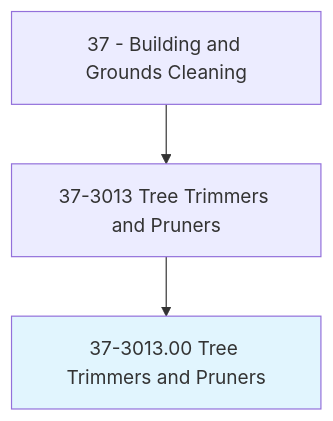
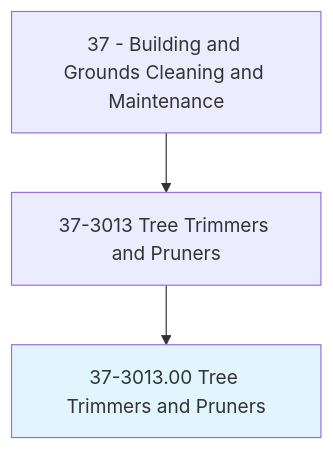
The first of 4 diagrams in occupations/Facilities/TreeTrimmersAndPruners.mdx (kziemski/business.org.ai), drawn with Mermaid before and after one commit. The commit also changed other lines of this file and 938 other files, not shown here.

````diff
--- a/occupations/Facilities/TreeTrimmersAndPruners.mdx
+++ b/occupations/Facilities/TreeTrimmersAndPruners.mdx
@@ -19,6 +23,6 @@
 ```mermaid
 graph TD
-    Cat37["37 - Building and Grounds Cleaning"] --> Group373013["37-3013 Tree Trimmers and Pruners"]
+    Cat37["37 - Building and Grounds Cleaning and Maintenance"] --> Group373013["37-3013 Tree Trimmers and Pruners"]
     Group373013 --> Current["37-3013.00 Tree Trimmers and Pruners"]
     style Current fill:#e1f5fe
 ```
````
